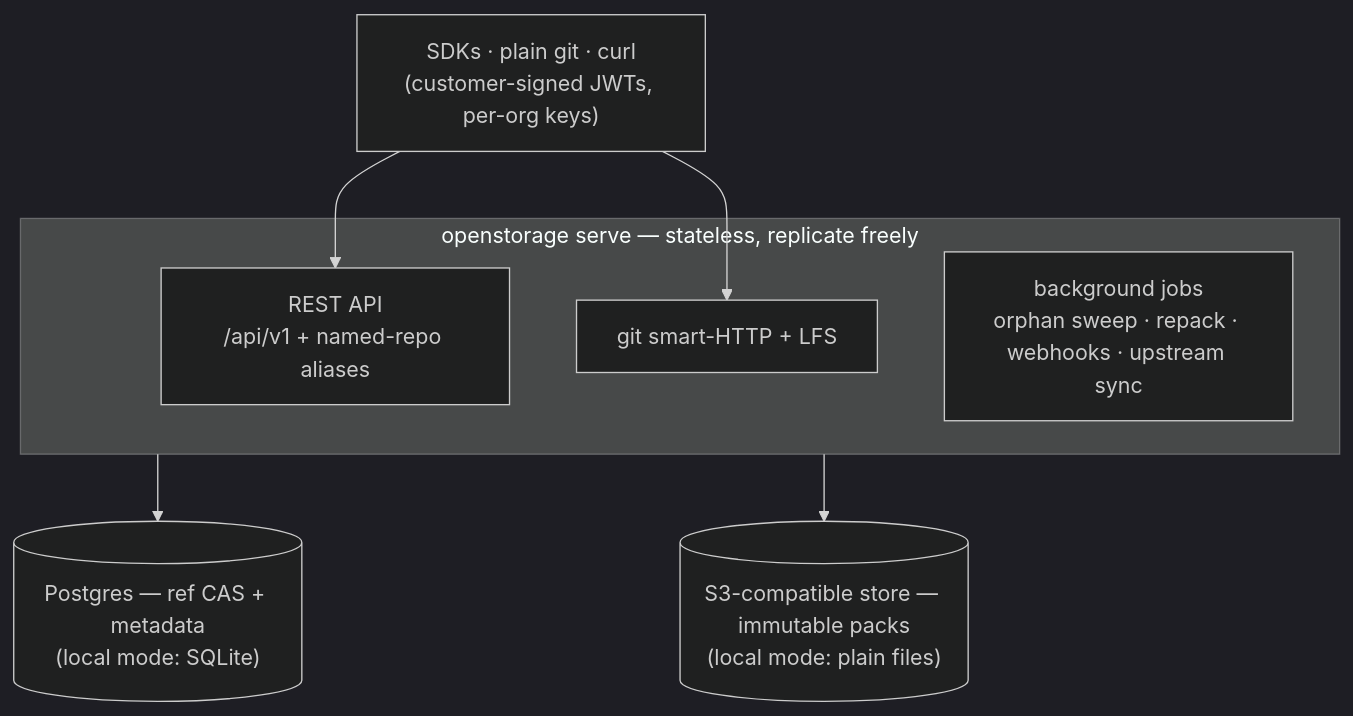
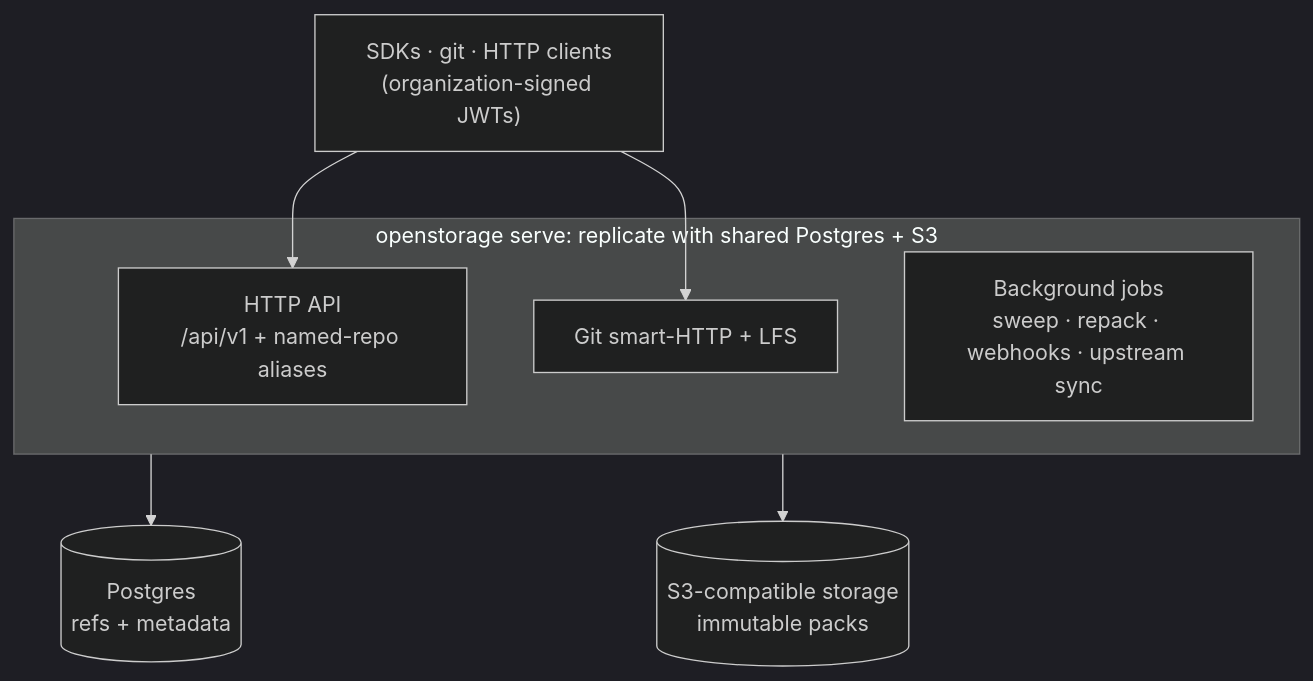
Before and after one commit to coder/openstorage: the diagram in README.md, drawn with Mermaid (dark theme). The commit also changed other lines of this file and 2 other files, not shown here.

````diff
--- a/README.md
+++ b/README.md
@@ -14,18 +215,18 @@
 ```mermaid
 flowchart TB
-    clients["SDKs · plain git · curl<br/>(customer-signed JWTs, per-org keys)"]
+    clients["SDKs · git · HTTP clients<br/>(organization-signed JWTs)"]
 
-    subgraph node["openstorage serve — stateless, replicate freely"]
-        api["REST API<br/>/api/v1 + named-repo aliases"]
-        git["git smart-HTTP + LFS"]
-        jobs["background jobs<br/>orphan sweep · repack · webhooks · upstream sync"]
+    subgraph node["openstorage serve: replicate with shared Postgres + S3"]
+        api["HTTP API<br/>/api/v1 + named-repo aliases"]
+        git["Git smart-HTTP + LFS"]
+        jobs["Background jobs<br/>sweep · repack · webhooks · upstream sync"]
     end
 
-    refs[("Postgres — ref CAS + metadata<br/>(local mode: SQLite)")]
-    packs[("S3-compatible store — immutable packs<br/>(local mode: plain files)")]
+    refs[("Postgres<br/>refs + metadata")]
+    packs[("S3-compatible storage<br/>immutable packs")]
 
     clients --> api
     clients --> git
     node --> refs
     node --> packs
 ```
````
